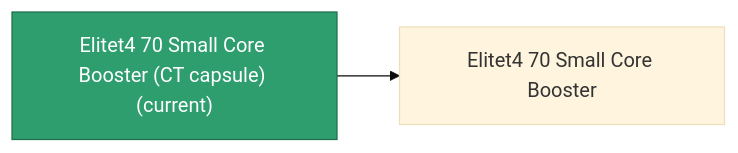
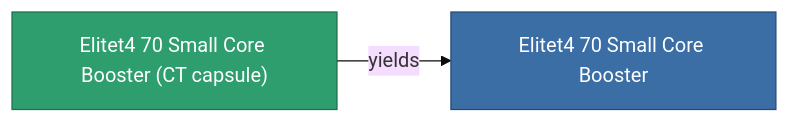
Before and after one commit to OpenPerpetuum/Wiki: the diagram in content/content/items/elitet4_70_small_core_booster_CT_capsule.md, drawn with Mermaid (base theme). The commit also changed other lines of this file and 2015 other files, not shown here.

````diff
--- a/content/content/items/elitet4_70_small_core_booster_CT_capsule.md
+++ b/content/content/items/elitet4_70_small_core_booster_CT_capsule.md
@@ -33,8 +33,9 @@
 ```mermaid
 graph LR
-    a["Elitet4 70 Small Core Booster (CT capsule) (current)"]:::current
-    b["Elitet4 70 Small Core Booster"]
-    a --> b
-    click b "/content/items/elitet4-70-small-core-booster/" "Elitet4 70 Small Core Booster"
+    a["Elitet4 70 Small Core Booster (CT capsule)"]:::current
+    b["Elitet4 70 Small Core Booster"]:::finished
+    a -->|yields| b
+                click b "/content/items/elitet4-70-small-core-booster/" "Elitet4 70 Small Core Booster"
     classDef current fill:#2f9e6f,stroke:#1f6f4a,color:#ffffff
+    classDef finished fill:#3b6ea5,stroke:#274a75,color:#ffffff
 ```
````
